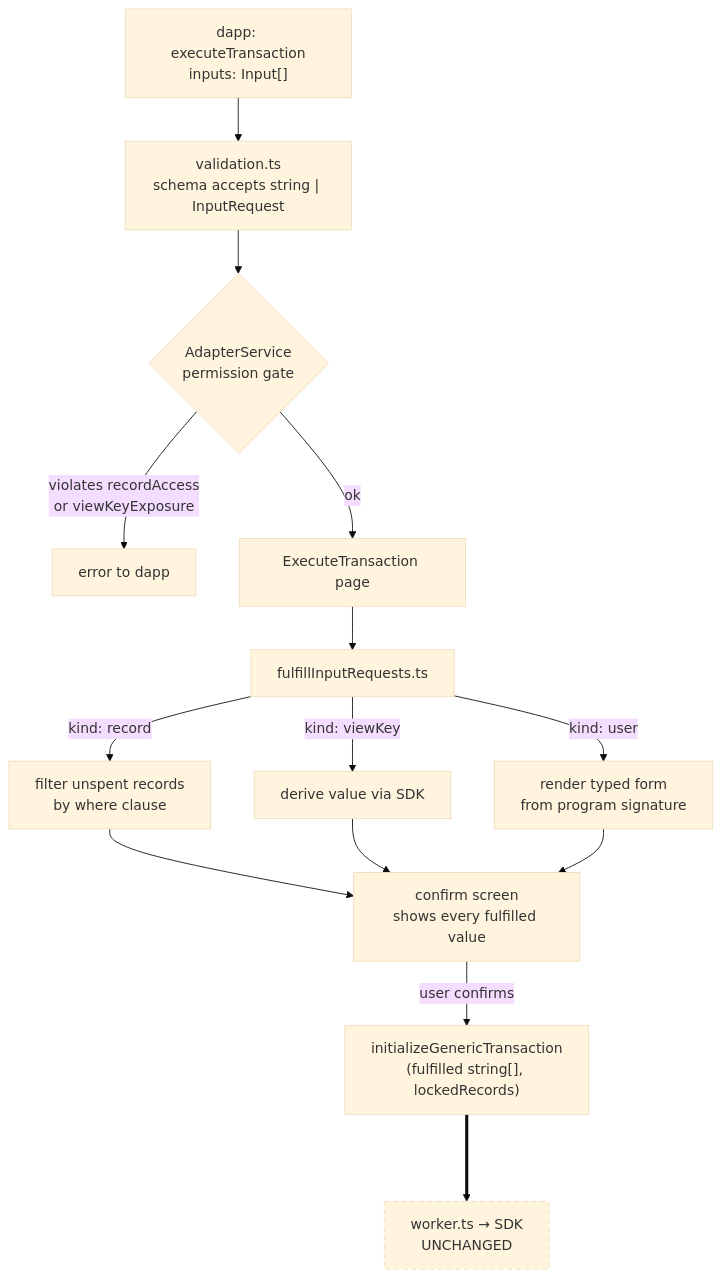
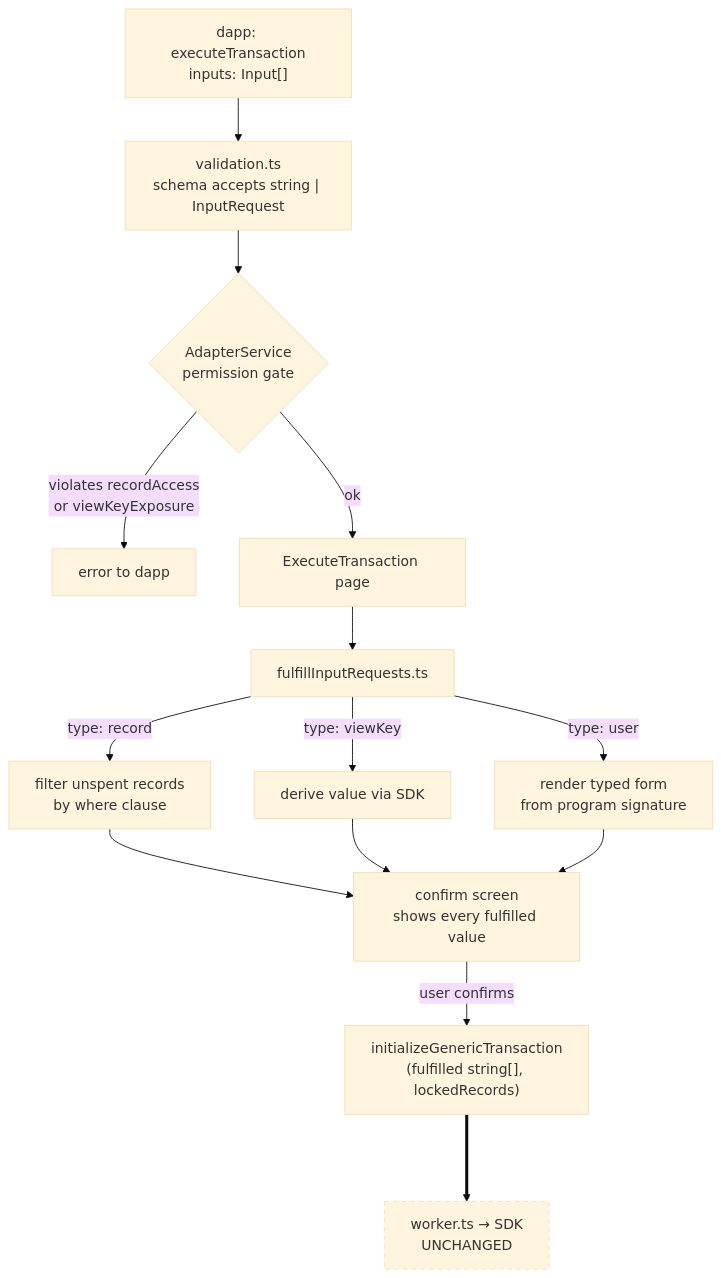
Before and after one commit to ProvableHQ/aleo-dev-toolkit: the diagram in docs/adapter-privacy-extension.md, drawn with Mermaid (base theme). The commit also changed other lines of this file, not shown here.

````diff
--- a/docs/adapter-privacy-extension.md
+++ b/docs/adapter-privacy-extension.md
@@ -88,19 +105,19 @@
 ```mermaid
 flowchart TD
   A["dapp: executeTransaction<br/>inputs: Input[]"] --> B["validation.ts<br/>schema accepts string | InputRequest"]
   B --> C{"AdapterService<br/>permission gate"}
   C -- "violates recordAccess<br/>or viewKeyExposure" --> X["error to dapp"]
   C -- ok --> D["ExecuteTransaction page"]
   D --> R["fulfillInputRequests.ts"]
-  R -- "kind: record" --> R1["filter unspent records<br/>by where clause"]
-  R -- "kind: viewKey" --> R2["derive value via SDK"]
-  R -- "kind: user" --> R3["render typed form<br/>from program signature"]
+  R -- "type: record" --> R1["filter unspent records<br/>by where clause"]
+  R -- "type: viewKey" --> R2["derive value via SDK"]
+  R -- "type: user" --> R3["render typed form<br/>from program signature"]
   R1 --> F["confirm screen<br/>shows every fulfilled value"]
   R2 --> F
   R3 --> F
   F -- user confirms --> G["initializeGenericTransaction<br/>(fulfilled string[], lockedRecords)"]
   G ===> H["worker.ts → SDK<br/>UNCHANGED"]
 
   classDef boundary stroke-dasharray: 5 5;
   class H boundary;
 ```
````
